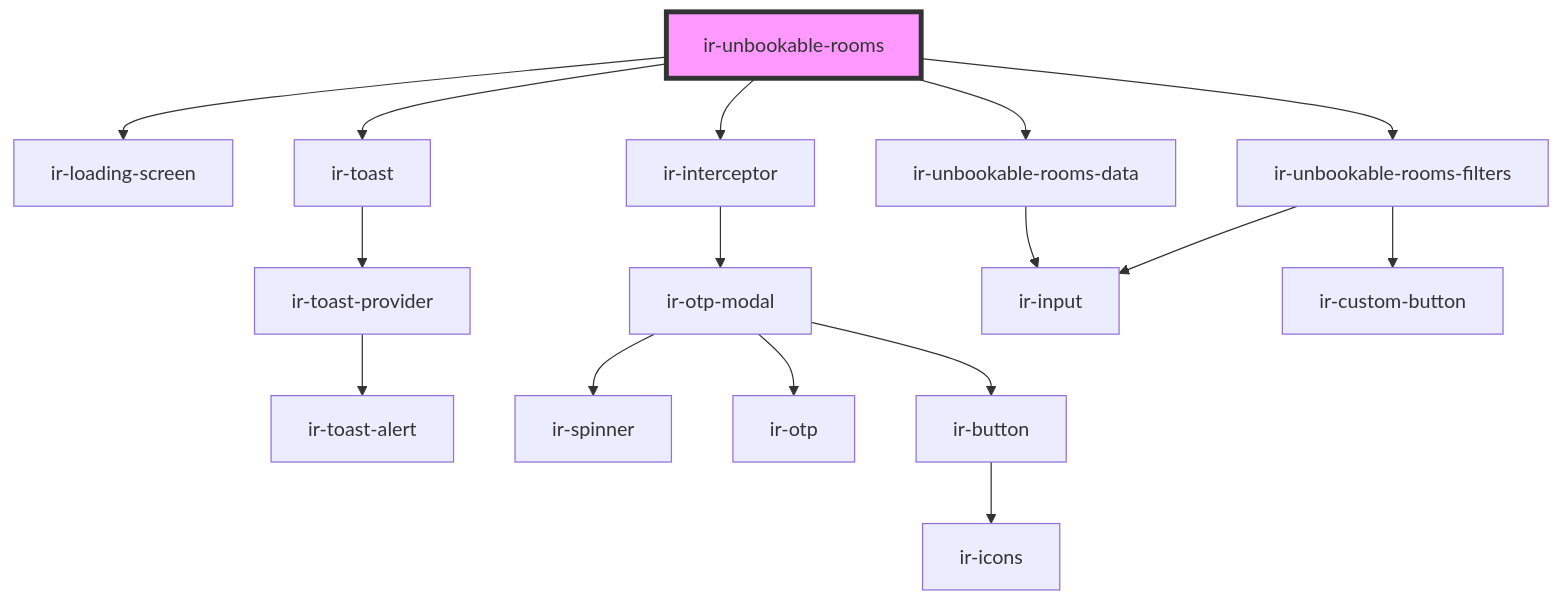
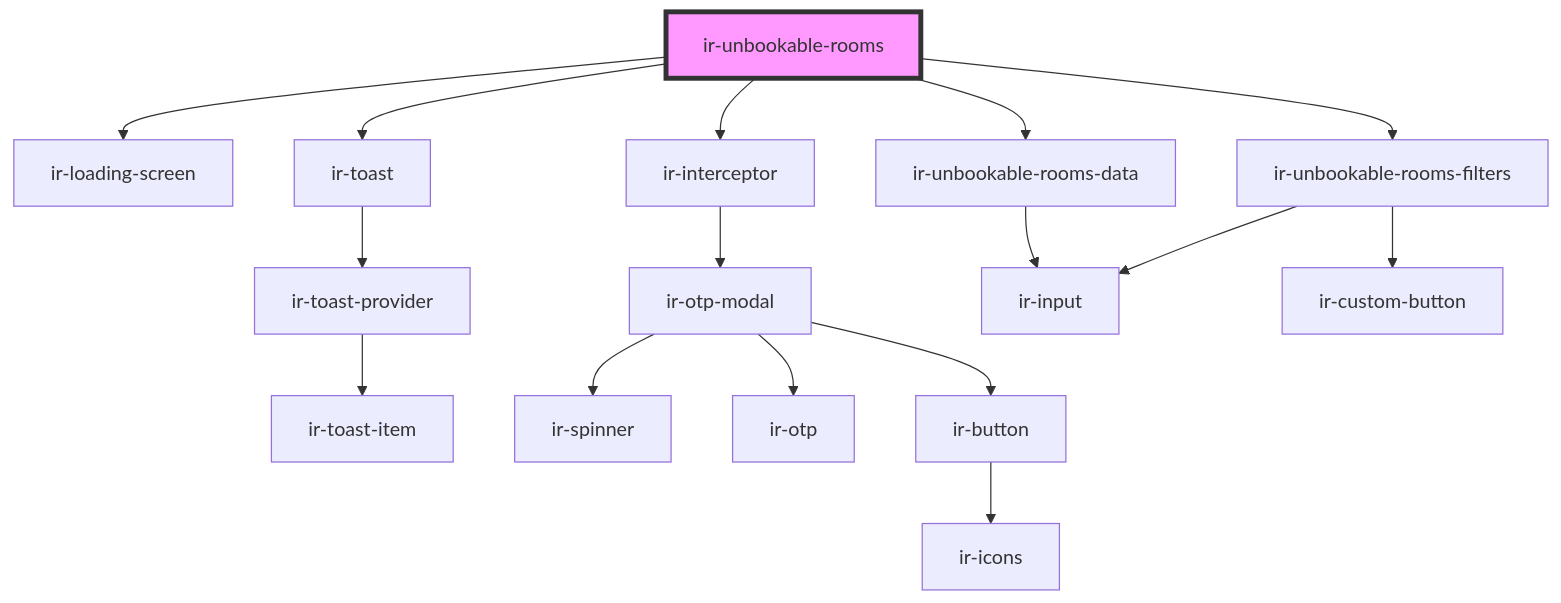
Before and after one commit to RonyRizk/ir-webcmp: the diagram in src/components/ir-unbookable-rooms/readme.md, drawn with Mermaid. The commit also changed 508 other files, not shown here.

````diff
--- a/src/components/ir-unbookable-rooms/readme.md
+++ b/src/components/ir-unbookable-rooms/readme.md
@@ -30,19 +30,19 @@
 ```mermaid
 graph TD;
   ir-unbookable-rooms --> ir-loading-screen
   ir-unbookable-rooms --> ir-toast
   ir-unbookable-rooms --> ir-interceptor
   ir-unbookable-rooms --> ir-unbookable-rooms-filters
   ir-unbookable-rooms --> ir-unbookable-rooms-data
   ir-toast --> ir-toast-provider
-  ir-toast-provider --> ir-toast-alert
+  ir-toast-provider --> ir-toast-item
   ir-interceptor --> ir-otp-modal
   ir-otp-modal --> ir-spinner
   ir-otp-modal --> ir-otp
   ir-otp-modal --> ir-button
   ir-button --> ir-icons
   ir-unbookable-rooms-filters --> ir-input
   ir-unbookable-rooms-filters --> ir-custom-button
   ir-unbookable-rooms-data --> ir-input
   style ir-unbookable-rooms fill:#f9f,stroke:#333,stroke-width:4px
 ```
````
